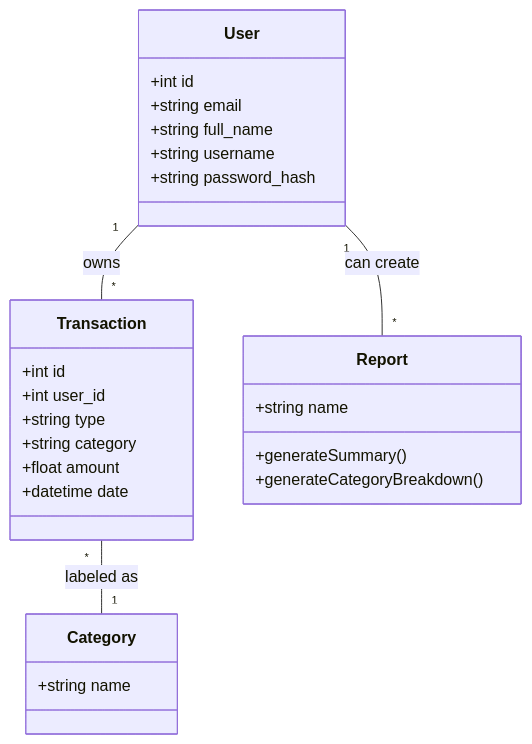
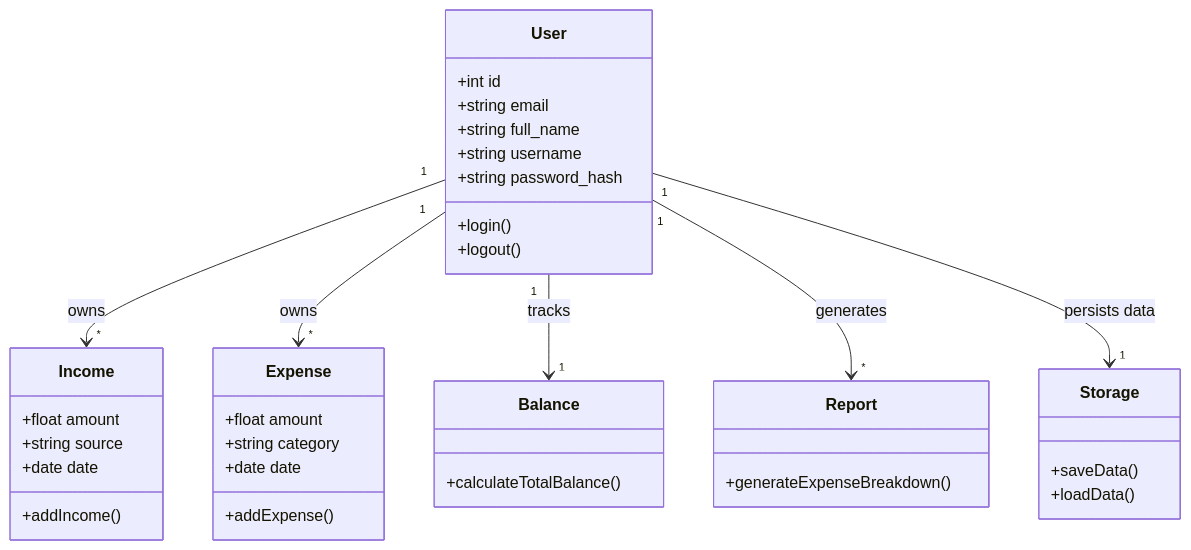
The diagram in docs/diagrams/class_diagram.md (Sajeda21/MoneyMate-Personal-Budget-Tracker), drawn with Mermaid before and after one commit. The commit also changed other lines of this file, not shown here.

Commit message:
docs(uml): trigger render workflow (touch class diagram)

````diff
--- a/docs/diagrams/class_diagram.md
+++ b/docs/diagrams/class_diagram.md
@@ -3,30 +3,45 @@
 ```mermaid
 classDiagram
   class User {
     +int id
     +string email
     +string full_name
     +string username
     +string password_hash
-  }
-  class Transaction {
-    +int id
-    +int user_id
-    +string type
-    +string category
-    +float amount
-    +datetime date
-  }
-  class Category {
-    +string name
-  }
-  class Report {
-    +string name
-    +generateSummary()
-    +generateCategoryBreakdown()
+    +login()
+    +logout()
   }
 
-  User "1" -- "*" Transaction : owns
-  Transaction "*" -- "1" Category : labeled as
-  User "1" -- "*" Report : can create
+  class Income {
+    +float amount
+    +string source
+    +date date
+    +addIncome()
+  }
+
+  class Expense {
+    +float amount
+    +string category
+    +date date
+    +addExpense()
+  }
+
+  class Balance {
+    +calculateTotalBalance()
+  }
+
+  class Report {
+    +generateExpenseBreakdown()
+  }
+
+  class Storage {
+    +saveData()
+    +loadData()
+  }
+
+  User "1" --> "*" Income : owns
+  User "1" --> "*" Expense : owns
+  User "1" --> "1" Balance : tracks
+  User "1" --> "*" Report : generates
+  User "1" --> "1" Storage : persists data
 ```
````
